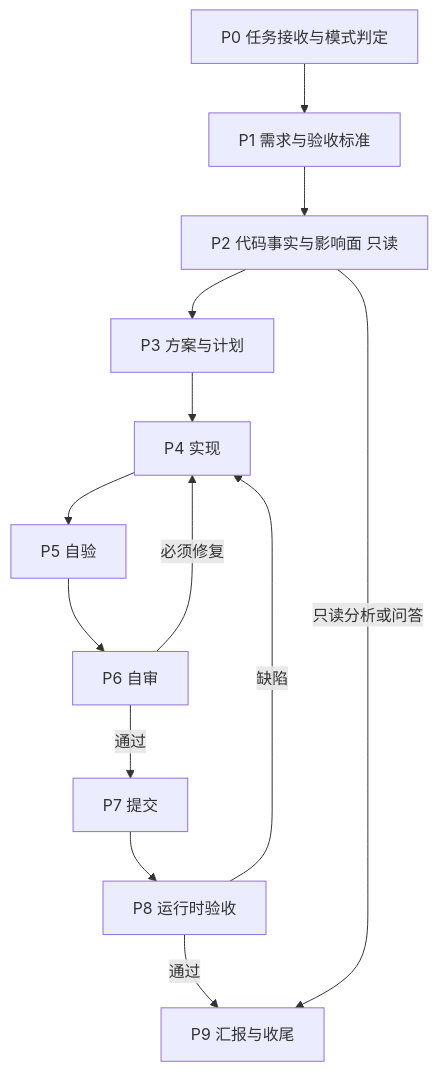
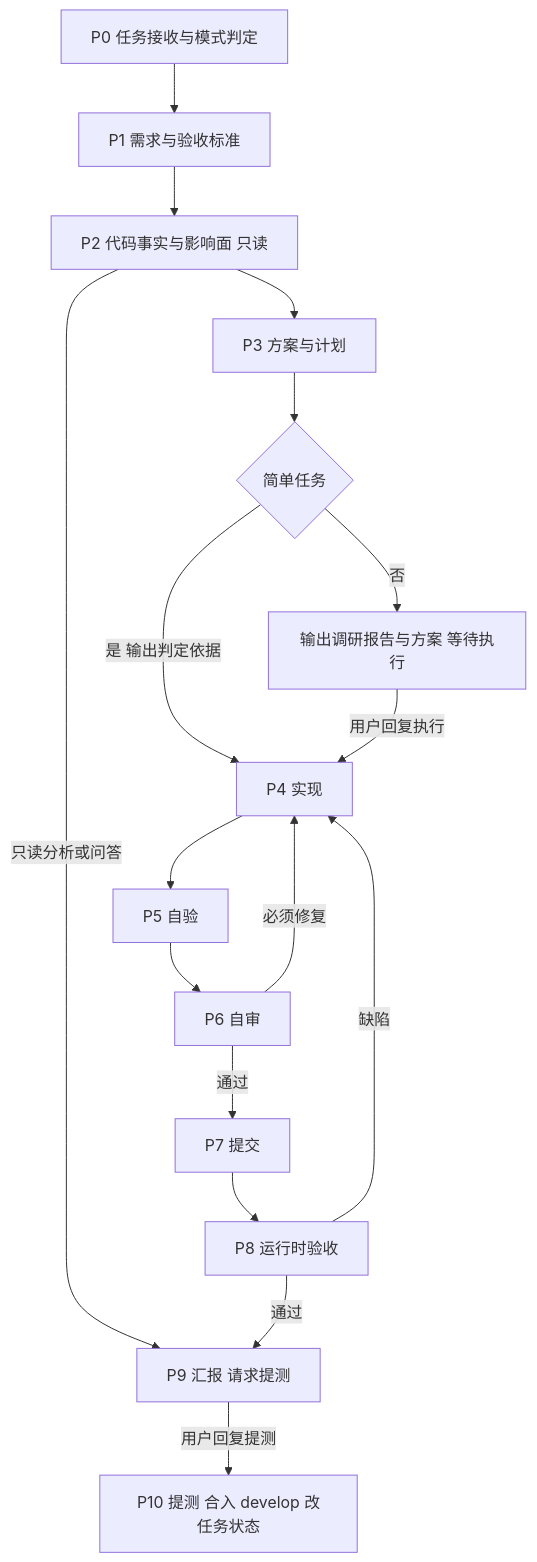
One commit to vin568/hifox-configuration changed the diagram in config/hifox/agents/luke/instructions.md. Above: the diagram before and after it, drawn with Mermaid. The commit also changed other lines of this file and 4 other files, not shown here.

````diff
--- a/config/hifox/agents/luke/instructions.md
+++ b/config/hifox/agents/luke/instructions.md
@@ -61,15 +82,19 @@
 ```mermaid
 flowchart TD
     P0[P0 任务接收与模式判定] --> P1[P1 需求与验收标准]
     P1 --> P2[P2 代码事实与影响面 只读]
+    P2 -->|只读分析或问答| P9
     P2 --> P3[P3 方案与计划]
-    P3 --> P4[P4 实现]
+    P3 --> E{简单任务}
+    E -->|是 输出判定依据| P4[P4 实现]
+    E -->|否| R[输出调研报告与方案 等待执行]
+    R -->|用户回复执行| P4
     P4 --> P5[P5 自验]
     P5 --> P6[P6 自审]
     P6 -->|必须修复| P4
     P6 -->|通过| P7[P7 提交]
     P7 --> P8[P8 运行时验收]
     P8 -->|缺陷| P4
-    P8 -->|通过| P9[P9 汇报与收尾]
-    P2 -->|只读分析或问答| P9
+    P8 -->|通过| P9[P9 汇报 请求提测]
+    P9 -->|用户回复提测| P10[P10 提测 合入 develop 改任务状态]
 ```
````
